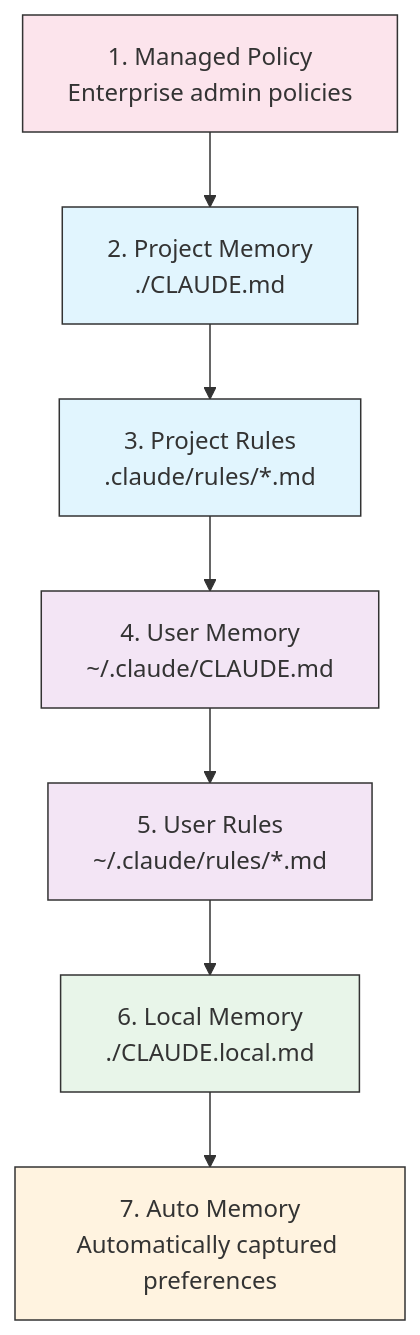
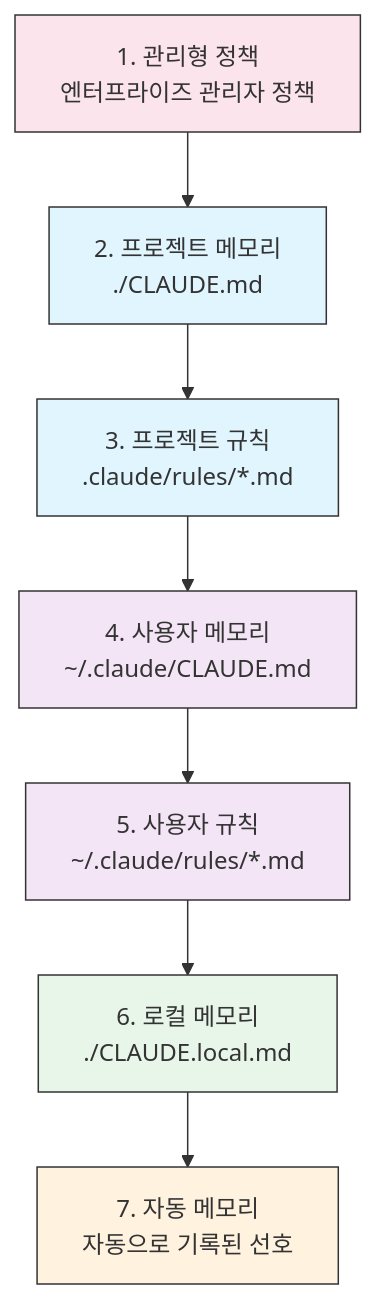
The ninth of 31 diagrams in claude_concepts_guide.md (KIMDONGWHEE99/howkorean), drawn with Mermaid before and after one commit. The commit also changed other lines of this file, not shown here.

First line of the commit message:
docs(claude_concepts_guide): 한국어로 번역

````diff
--- a/claude_concepts_guide.md
+++ b/claude_concepts_guide.md
@@ -260,17 +260,17 @@
 ```mermaid
 graph TD
-    A["1. Managed Policy<br/>Enterprise admin policies"] --> B["2. Project Memory<br/>./CLAUDE.md"]
-    B --> C["3. Project Rules<br/>.claude/rules/*.md"]
-    C --> D["4. User Memory<br/>~/.claude/CLAUDE.md"]
-    D --> E["5. User Rules<br/>~/.claude/rules/*.md"]
-    E --> F["6. Local Memory<br/>./CLAUDE.local.md"]
-    F --> G["7. Auto Memory<br/>Automatically captured preferences"]
+    A["1. 관리형 정책<br/>엔터프라이즈 관리자 정책"] --> B["2. 프로젝트 메모리<br/>./CLAUDE.md"]
+    B --> C["3. 프로젝트 규칙<br/>.claude/rules/*.md"]
+    C --> D["4. 사용자 메모리<br/>~/.claude/CLAUDE.md"]
+    D --> E["5. 사용자 규칙<br/>~/.claude/rules/*.md"]
+    E --> F["6. 로컬 메모리<br/>./CLAUDE.local.md"]
+    F --> G["7. 자동 메모리<br/>자동으로 기록된 선호"]
 
     style A fill:#fce4ec,stroke:#333,color:#333
     style B fill:#e1f5fe,stroke:#333,color:#333
     style C fill:#e1f5fe,stroke:#333,color:#333
     style D fill:#f3e5f5,stroke:#333,color:#333
     style E fill:#f3e5f5,stroke:#333,color:#333
     style F fill:#e8f5e9,stroke:#333,color:#333
     style G fill:#fff3e0,stroke:#333,color:#333
 ```
````
